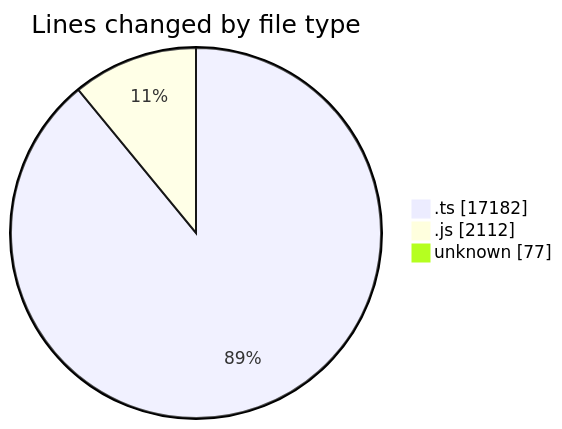
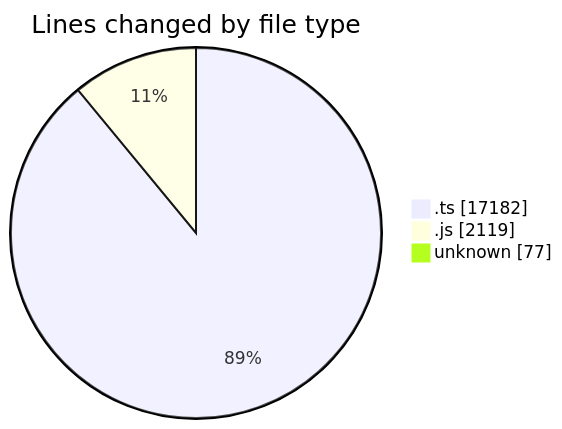
The first of 2 diagrams in 2026-02-03/cda/README.md (momahboobian/code-tracking), drawn with Mermaid before and after one commit. The commit also changed other lines of this file and 1 other file, not shown here.

````diff
--- a/2026-02-03/cda/README.md
+++ b/2026-02-03/cda/README.md
@@ -28,7 +28,7 @@
 ```mermaid
 pie showData
 title Lines changed by file type
 ".ts" : 17182
-".js" : 2112
+".js" : 2119
 "unknown" : 77
 ```
````
